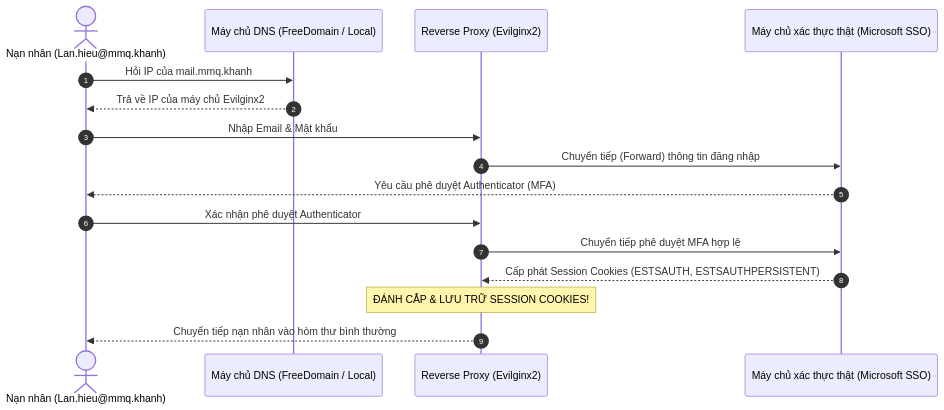
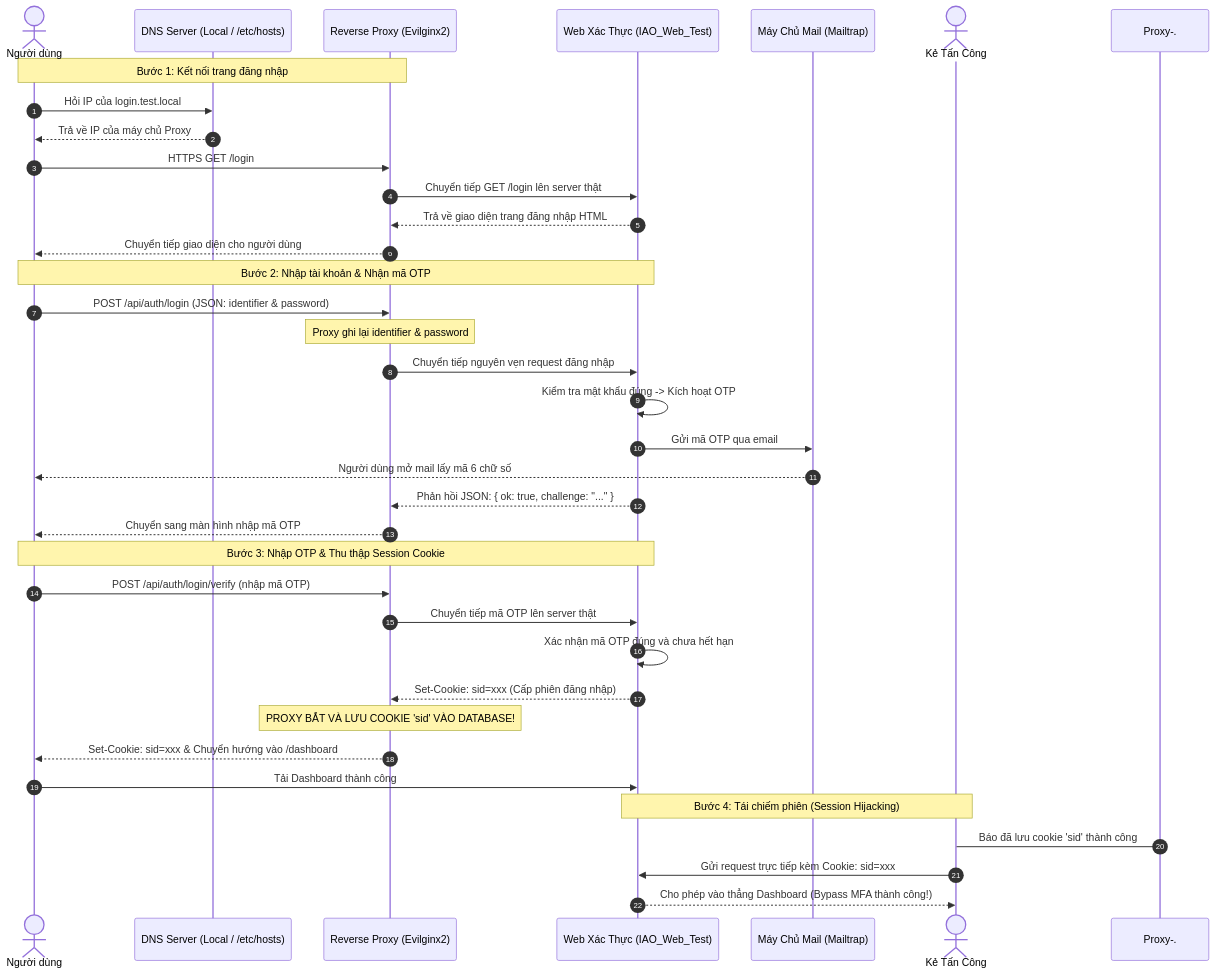
One commit to Q-9999/Project-IAO-Bypass-2FA-by-Reverse-Proxy changed the second of 4 diagrams in README.md. Above: the diagram before and after it, drawn with Mermaid. The commit also changed other lines of this file and 96 other files, not shown here.

````diff
--- a/README.md
+++ b/README.md
@@ -33,19 +204,42 @@
 ```mermaid
 sequenceDiagram
     autonumber
-    actor Victim as Nạn nhân (Lan.hieu@mmq.khanh)
-    participant DNS as Máy chủ DNS (FreeDomain / Local)
+    actor User as Người dùng
+    participant AttackerDNS as DNS Server (Local / /etc/hosts)
     participant Proxy as Reverse Proxy (Evilginx2)
-    participant RealIdP as Máy chủ xác thực thật (Microsoft SSO)
+    participant WebApp as Web Xác Thực (IAO_Web_Test)
+    participant MailServer as Máy Chủ Mail (Mailtrap)
+    actor Attacker as Kẻ Tấn Công
 
-    Victim->>DNS: Hỏi IP của mail.mmq.khanh
-    DNS-->>Victim: Trả về IP của máy chủ Evilginx2
-    Victim->>Proxy: Nhập Email & Mật khẩu
-    Proxy->>RealIdP: Chuyển tiếp (Forward) thông tin đăng nhập
-    RealIdP-->>Victim: Yêu cầu phê duyệt Authenticator (MFA)
-    Victim->>Proxy: Xác nhận phê duyệt Authenticator
-    Proxy->>RealIdP: Chuyển tiếp phê duyệt MFA hợp lệ
-    RealIdP-->>Proxy: Cấp phát Session Cookies (ESTSAUTH, ESTSAUTHPERSISTENT)
-    Note over Proxy: ĐÁNH CẮP & LƯU TRỮ SESSION COOKIES!
-    Proxy-->>Victim: Chuyển tiếp nạn nhân vào hòm thư bình thường
+    Note over User,Proxy: Bước 1: Kết nối trang đăng nhập
+    User->>AttackerDNS: Hỏi IP của login.test.local
+    AttackerDNS-->>User: Trả về IP của máy chủ Proxy
+    User->>Proxy: HTTPS GET /login
+    Proxy->>WebApp: Chuyển tiếp GET /login lên server thật
+    WebApp-->>Proxy: Trả về giao diện trang đăng nhập HTML
+    Proxy-->>User: Chuyển tiếp giao diện cho người dùng
+
+    Note over User,WebApp: Bước 2: Nhập tài khoản & Nhận mã OTP
+    User->>Proxy: POST /api/auth/login (JSON: identifier & password)
+    Note over Proxy: Proxy ghi lại identifier & password
+    Proxy->>WebApp: Chuyển tiếp nguyên vẹn request đăng nhập
+    WebApp->>WebApp: Kiểm tra mật khẩu đúng -> Kích hoạt OTP
+    WebApp->>MailServer: Gửi mã OTP qua email
+    MailServer-->>User: Người dùng mở mail lấy mã 6 chữ số
+    WebApp-->>Proxy: Phản hồi JSON: { ok: true, challenge: "..." }
+    Proxy-->>User: Chuyển sang màn hình nhập mã OTP
+
+    Note over User,WebApp: Bước 3: Nhập OTP & Thu thập Session Cookie
+    User->>Proxy: POST /api/auth/login/verify (nhập mã OTP)
+    Proxy->>WebApp: Chuyển tiếp mã OTP lên server thật
+    WebApp->>WebApp: Xác nhận mã OTP đúng và chưa hết hạn
+    WebApp-->>Proxy: Set-Cookie: sid=xxx (Cấp phiên đăng nhập)
+    Note over Proxy: PROXY BẮT VÀ LƯU COOKIE 'sid' VÀO DATABASE!
+    Proxy-->>User: Set-Cookie: sid=xxx & Chuyển hướng vào /dashboard
+    User->>WebApp: Tải Dashboard thành công
+
+    Note over Attacker,WebApp: Bước 4: Tái chiếm phiên (Session Hijacking)
+    Proxy-.->Attacker: Báo đã lưu cookie 'sid' thành công
+    Attacker->>WebApp: Gửi request trực tiếp kèm Cookie: sid=xxx
+    WebApp-->>Attacker: Cho phép vào thẳng Dashboard (Bypass MFA thành công!)
 ```
````
